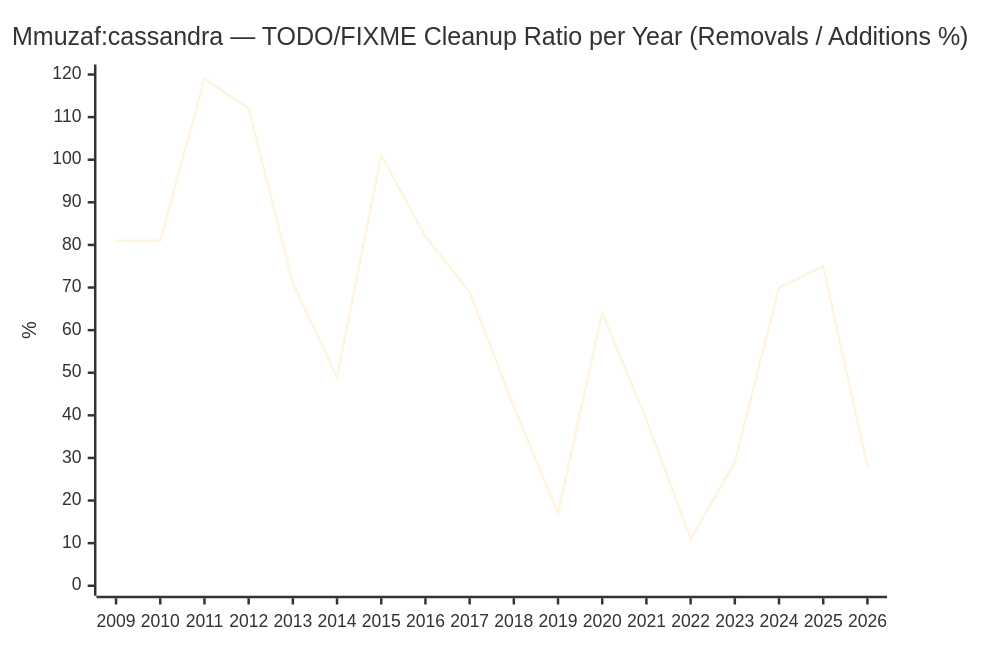
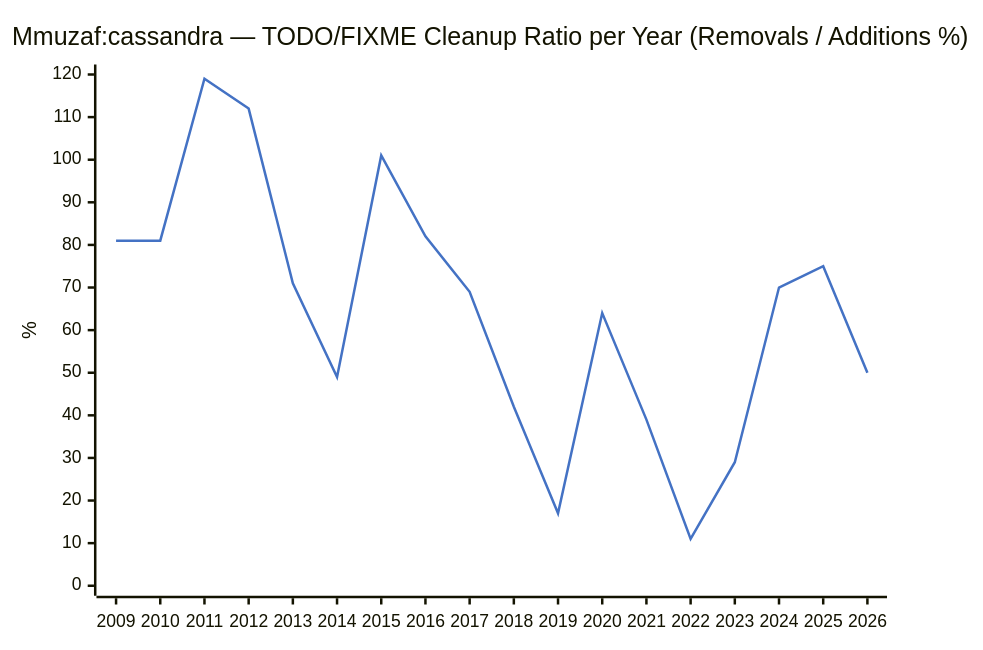
The sixth of 7 diagrams in todo_analysis.md (Mmuzaf/cassandra), drawn with Mermaid before and after one commit. The commit also changed other lines of this file, not shown here.

````diff
--- a/todo_analysis.md
+++ b/todo_analysis.md
@@ -73,8 +73,8 @@
 ```mermaid
-%%{init: {'theme': 'base', 'themeVariables': {'background': '#ffffff'}}}%%
+%%{init: {'theme': 'base', 'themeVariables': {'background': '#ffffff', 'xyChart': {'plotColorPalette': '#4472c4'}}}}%%
 xychart-beta
     title "Mmuzaf:cassandra — TODO/FIXME Cleanup Ratio per Year (Removals / Additions %)"
     x-axis [2009, 2010, 2011, 2012, 2013, 2014, 2015, 2016, 2017, 2018, 2019, 2020, 2021, 2022, 2023, 2024, 2025, 2026]
     y-axis "%" 0 --> 120
-    line [81, 81, 119, 112, 71, 49, 101, 82, 69, 42, 17, 64, 39, 11, 29, 70, 75, 28]
+    line [81, 81, 119, 112, 71, 49, 101, 82, 69, 42, 17, 64, 39, 11, 29, 70, 75, 50]
 ```
````
